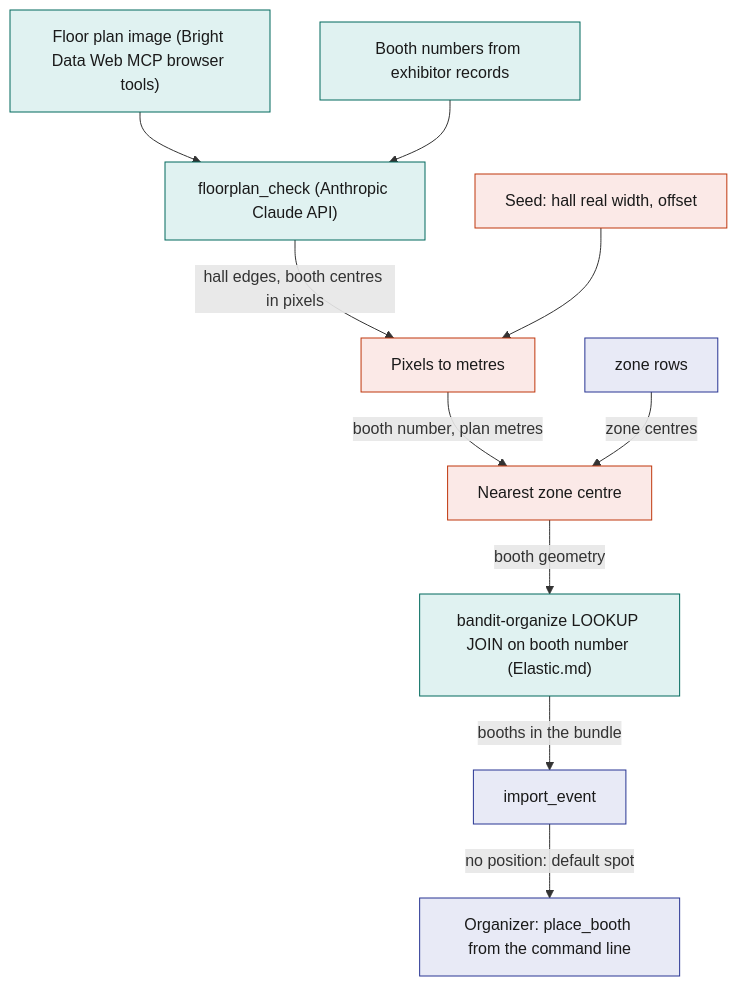
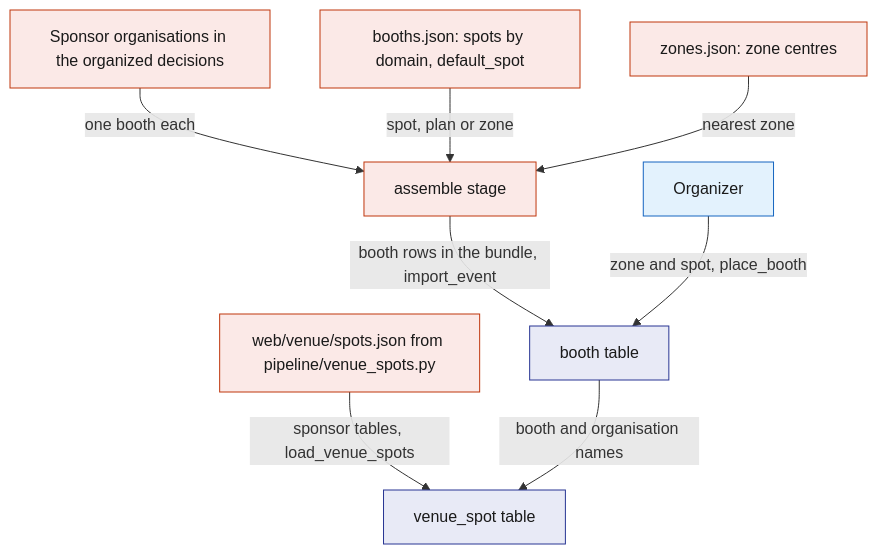
One commit to viktorinkov/cal-hacks-13 changed the second of 6 diagrams in System Design/7-integrations/Bright-Data.md. Above: the diagram before and after it, drawn with Mermaid. The commit also changed other lines of this file and 5 other files, not shown here.

````diff
--- a/System Design/7-integrations/Bright-Data.md
+++ b/System Design/7-integrations/Bright-Data.md
@@ -160,20 +158,16 @@
 ```mermaid
 flowchart TB
-  IMG["Floor plan image (Bright Data Web MCP browser tools)"] --> CHK["floorplan_check (Anthropic Claude API)"]
-  REC["Booth numbers from exhibitor records"] --> CHK
-  CHK -->|"hall edges, booth centres in pixels"| N["Pixels to metres"]
-  SEED["Seed: hall real width, offset"] --> N
-  N -->|"booth number, plan metres"| Z["Nearest zone centre"]
-  ZR["zone rows"] -->|"zone centres"| Z
-  Z -->|"booth geometry"| J["bandit-organize LOOKUP JOIN on booth number (Elastic.md)"]
-  J -->|"booths in the bundle"| B["import_event"]
-  B -->|"no position: default spot"| FIX["Organizer: place_booth from the command line"]
+  ORG["Sponsor organisations in the organized decisions"] -->|"one booth each"| A["assemble stage"]
+  BJ["booths.json: spots by domain, default_spot"] -->|"spot, plan or zone"| A
+  ZJ["zones.json: zone centres"] -->|"nearest zone"| A
+  A -->|"booth rows in the bundle, import_event"| B["booth table"]
+  SP["web/venue/spots.json from pipeline/venue_spots.py"] -->|"sponsor tables, load_venue_spots"| VS["venue_spot table"]
+  B -->|"booth and organisation names"| VS
+  OPS["Organizer"] -->|"zone and spot, place_booth"| B
   classDef rust fill:#FBE9E7,stroke:#BF360C,color:#1A1A1A
   classDef stdb fill:#E8EAF6,stroke:#283593,color:#1A1A1A
   classDef web fill:#E3F2FD,stroke:#1565C0,color:#1A1A1A
-  classDef ext fill:#E0F2F1,stroke:#00695C,color:#1A1A1A
-  class N,Z,SEED rust
-  class ZR,B stdb
-  class FIX stdb
-  class IMG,CHK,REC,J ext
+  class ORG,A,BJ,ZJ,SP rust
+  class B,VS stdb
+  class OPS web
 ```
````
